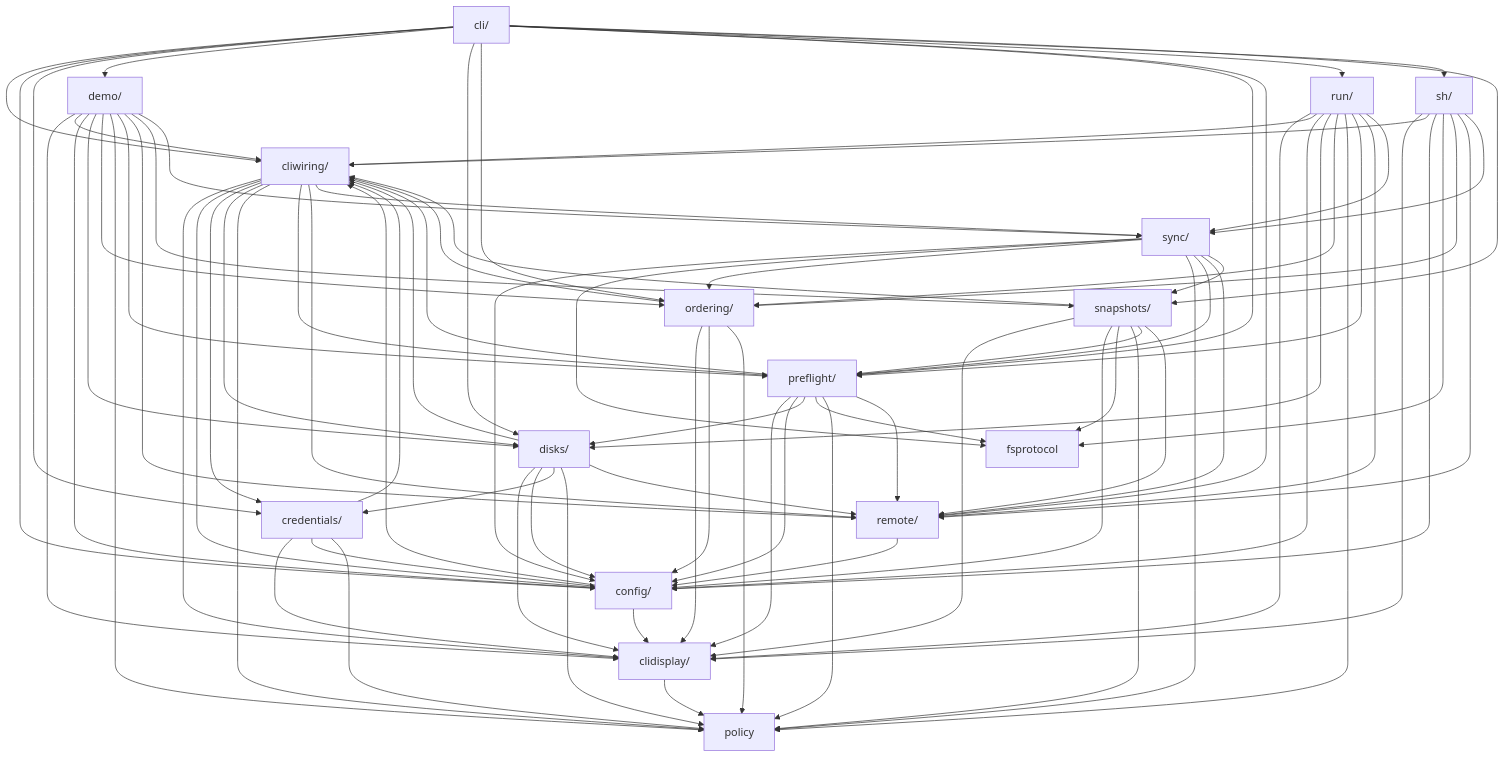
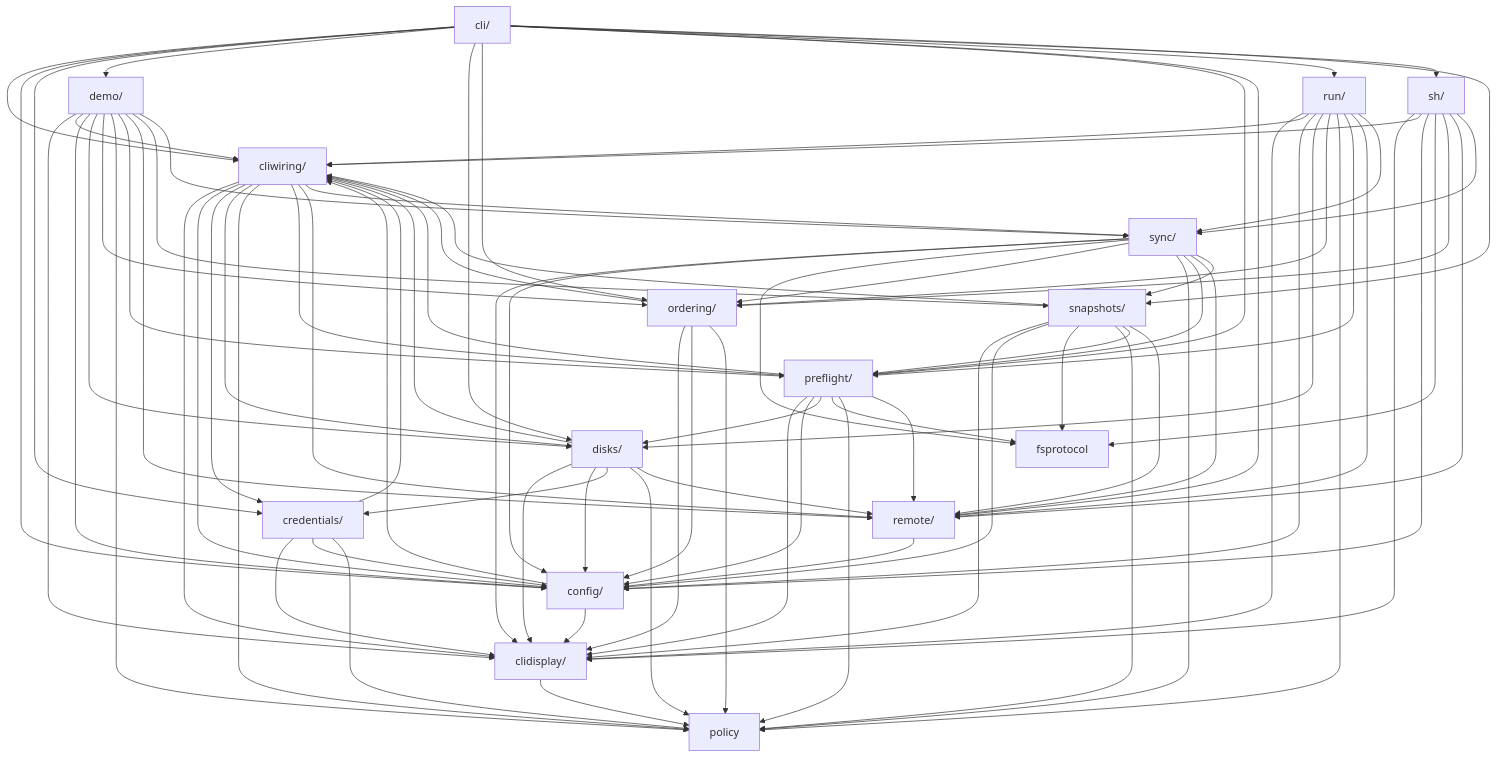
One commit to iglootools/nbkp changed the diagram in docs/architecture.md. Above: the diagram before and after it, drawn with Mermaid. The commit also changed 16 other files, not shown here.

```diff
--- a/docs/architecture.md
+++ b/docs/architecture.md
@@ -198,6 +198,7 @@
     snapshots --> policy
     snapshots --> preflight
     snapshots --> remote
+    sync --> clidisplay
     sync --> config
     sync --> fsprotocol
     sync --> ordering
```
